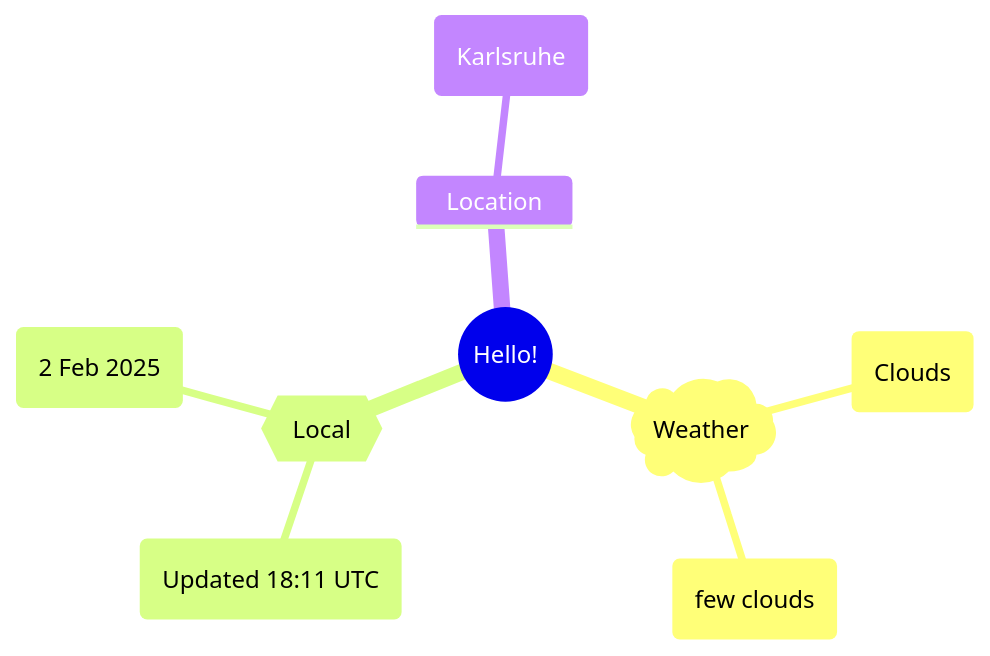
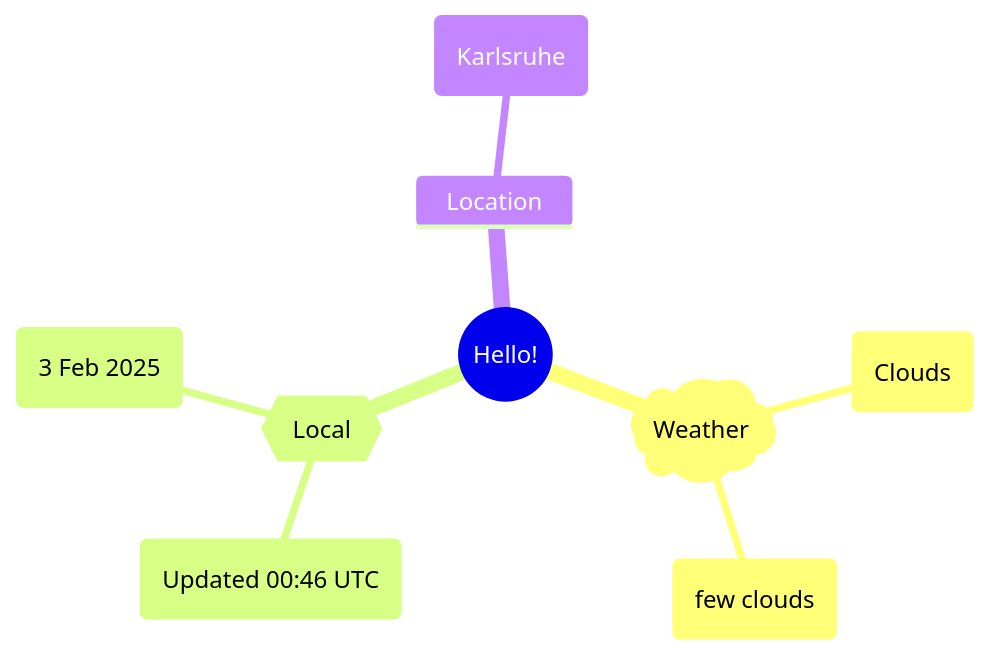
One commit to Xosrov/Xosrov changed the first of 2 diagrams in README.md. Above: the diagram before and after it, drawn with Mermaid.

Commit message:
[bot] updated images

````diff
--- a/README.md
+++ b/README.md
@@ -3,12 +3,12 @@
 ```mermaid
 mindmap
   root((Hello!))
     )Weather(
         (Clouds)
         (few clouds)
     {{Local}}
-        (Updated 18:11 UTC)
-        (2 Feb 2025)
+        (Updated 00:46 UTC)
+        (3 Feb 2025)
     Location
         (Karlsruhe)
 ```
````
